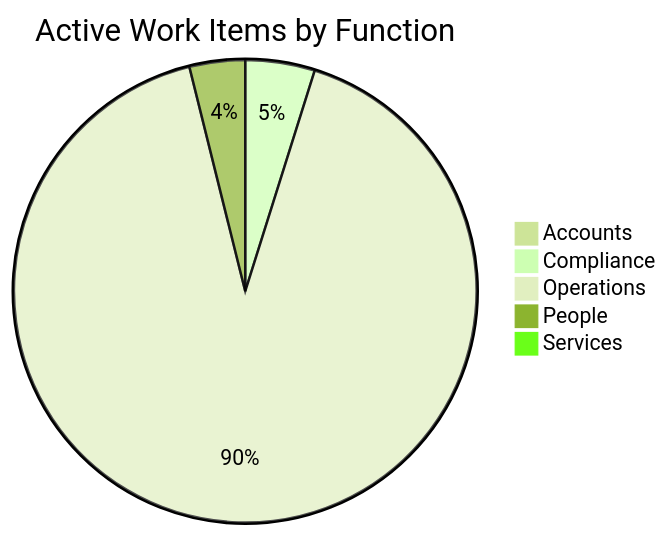
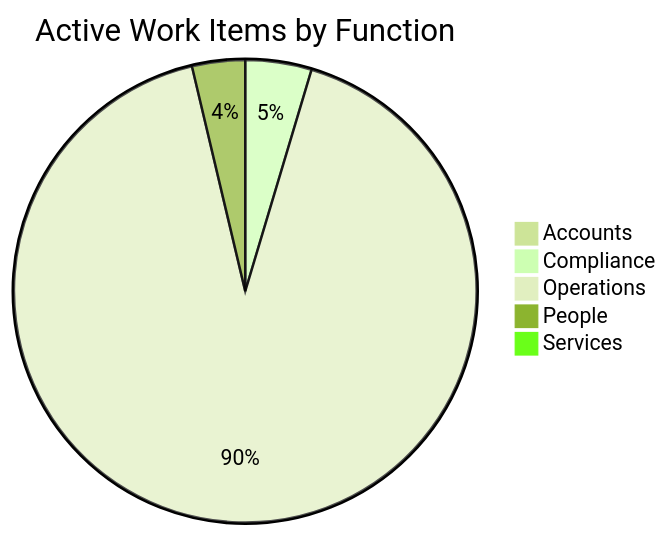
Before and after one commit to mgosal/5et.uk: the first of 3 diagrams in dashboard.md, drawn with Mermaid (forest theme). The commit also changed other lines of this file and 6 other files, not shown here.

````diff
--- a/dashboard.md
+++ b/dashboard.md
@@ -261,8 +433,8 @@
 ```mermaid
 pie title Active Work Items by Function
     "Accounts" : 2
     "Compliance" : 10
-    "Operations" : 188
+    "Operations" : 198
     "People" : 8
     "Services" : 1
 ```
````
